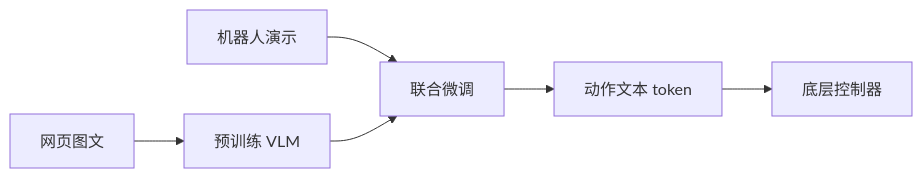
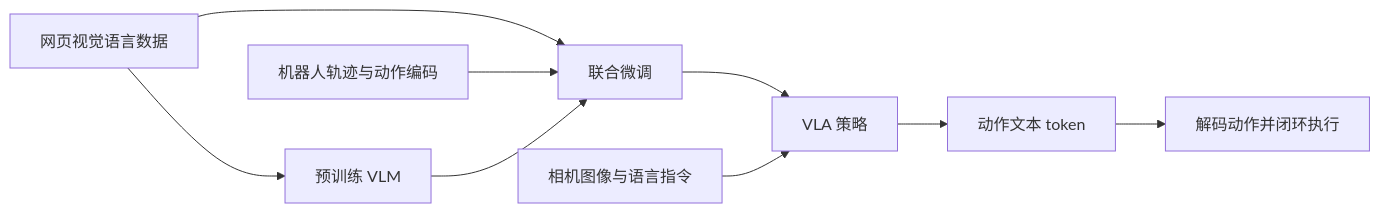
The diagram in wiki/entities/paper-rt-2.md (ImChong/Robotics_Notebooks), drawn with Mermaid before and after one commit. The commit also changed other lines of this file, not shown here.

Commit message:
[2026-11-04] ingest | RT 系列 — 核对论文与项目资料

````diff
--- a/wiki/entities/paper-rt-2.md
+++ b/wiki/entities/paper-rt-2.md
@@ -62,8 +62,11 @@
 ```mermaid
 flowchart LR
-  web[网页图文] --> vlm[预训练 VLM]
-  robot[机器人演示] --> ft[联合微调]
+  web[网页视觉语言数据] --> vlm[预训练 VLM]
+  web --> ft[联合微调]
+  robot[机器人轨迹与动作编码] --> ft
   vlm --> ft
-  ft --> tok[动作文本 token]
-  tok --> ctrl[底层控制器]
+  ft --> policy[VLA 策略]
+  obs[相机图像与语言指令] --> policy
+  policy --> tok[动作文本 token]
+  tok --> ctrl[解码动作并闭环执行]
 ```
````
